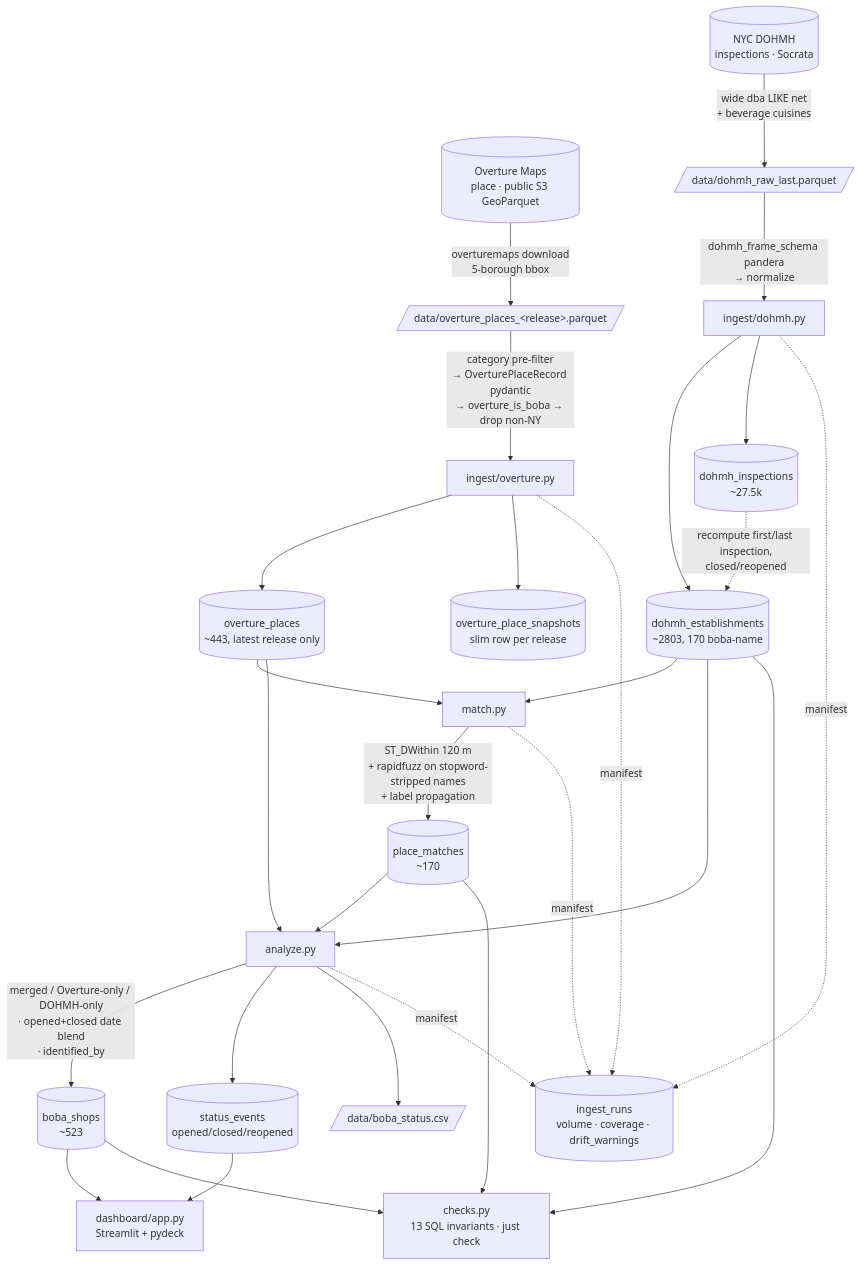
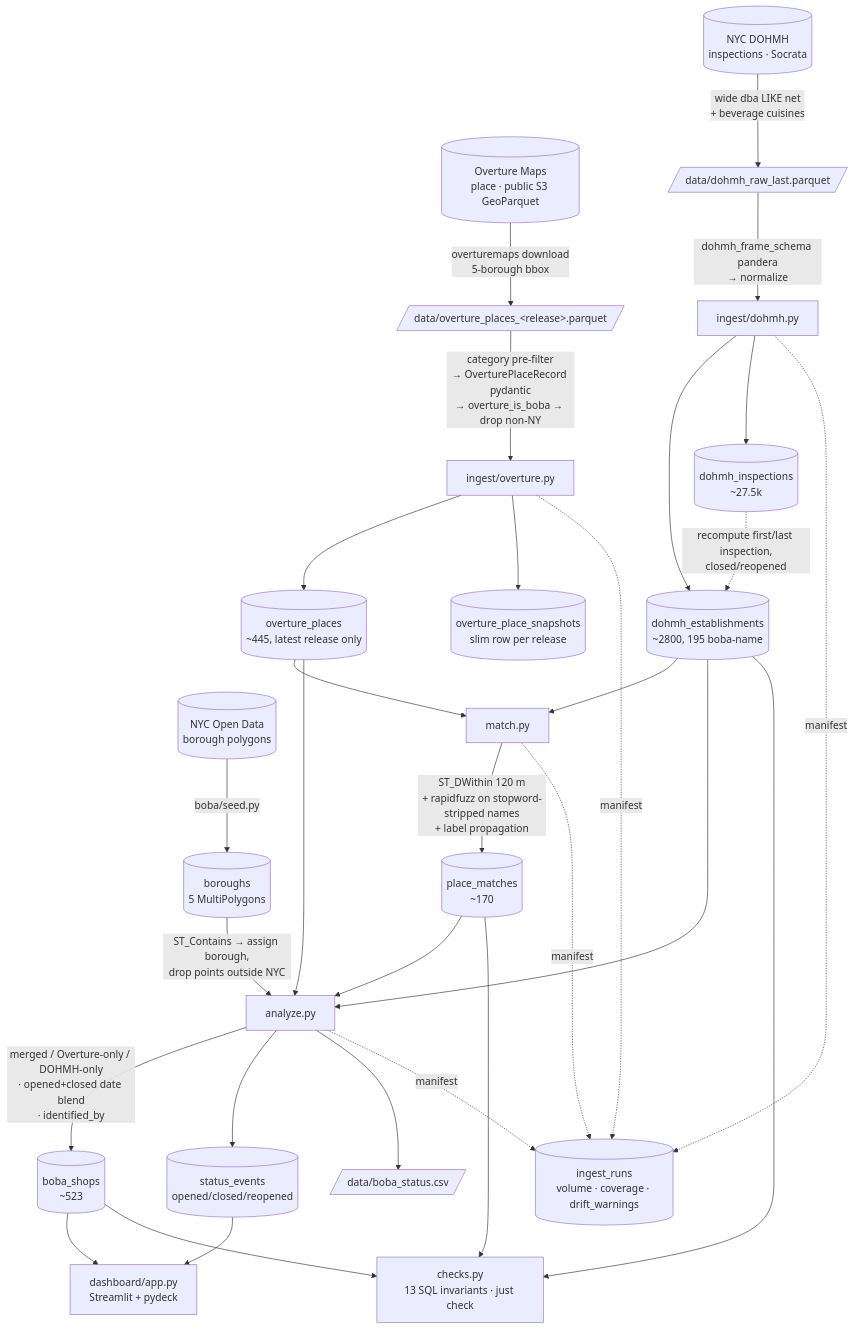
One commit to curryman888x/boba_joints changed the diagram in docs/pipeline.md. Above: the diagram before and after it, drawn with Mermaid. The commit also changed other lines of this file and 7 other files, not shown here.

First line of the commit message:
Cleanup pass + doc/diagram refresh

````diff
--- a/docs/pipeline.md
+++ b/docs/pipeline.md
@@ -6,40 +6,44 @@
 ```mermaid
 flowchart TD
     OV[(Overture Maps<br/>place · public S3 GeoParquet)]
     DH[(NYC DOHMH<br/>inspections · Socrata)]
+    NB[(NYC Open Data<br/>borough polygons)]
+
+    NB -->|boba/seed.py| BORO[(boroughs<br/>5 MultiPolygons)]
 
     OV -->|overturemaps download<br/>5-borough bbox| OVDL[/data/overture_places_&lt;release&gt;.parquet/]
     DH -->|wide dba LIKE net<br/>+ beverage cuisines| DHDL[/data/dohmh_raw_last.parquet/]
 
     OVDL -->|category pre-filter<br/>→ OverturePlaceRecord pydantic<br/>→ overture_is_boba → drop non-NY| OVI[ingest/overture.py]
     DHDL -->|dohmh_frame_schema pandera<br/>→ normalize| DHI[ingest/dohmh.py]
 
-    OVI --> OP[(overture_places<br/>~443, latest release only)]
+    OVI --> OP[(overture_places<br/>~445, latest release only)]
     OVI --> OPS[(overture_place_snapshots<br/>slim row per release)]
-    DHI --> DE[(dohmh_establishments<br/>~2803, 170 boba-name)]
+    DHI --> DE[(dohmh_establishments<br/>~2800, 195 boba-name)]
     DHI --> DI[(dohmh_inspections<br/>~27.5k)]
     DI -. recompute first/last inspection,<br/>closed/reopened .-> DE
 
     OP --> M[match.py]
     DE --> M
     M -->|ST_DWithin 120 m<br/>+ rapidfuzz on stopword-stripped names<br/>+ label propagation| PM[(place_matches<br/>~170)]
 
     OP --> A[analyze.py]
     DE --> A
     PM --> A
+    BORO -->|ST_Contains → assign borough,<br/>drop points outside NYC| A
     A -->|merged / Overture-only / DOHMH-only<br/>· opened+closed date blend<br/>· identified_by| BS[(boba_shops<br/>~523)]
     A --> SE[(status_events<br/>opened/closed/reopened)]
     A --> CSV[/data/boba_status.csv/]
 
     BS --> DASH[dashboard/app.py<br/>Streamlit + pydeck]
     SE --> DASH
 
     OVI -. manifest .-> IR[(ingest_runs<br/>volume · coverage · drift_warnings)]
     DHI -. manifest .-> IR
     M -. manifest .-> IR
     A -. manifest .-> IR
 
     BS --> CHK[checks.py<br/>13 SQL invariants · just check]
     PM --> CHK
     DE --> CHK
 ```
````
